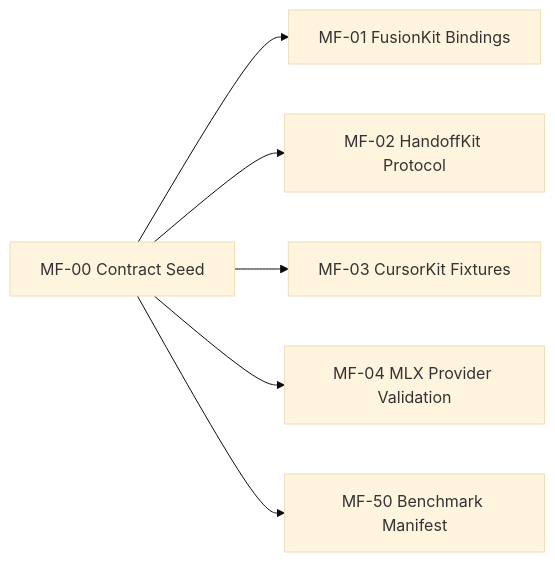
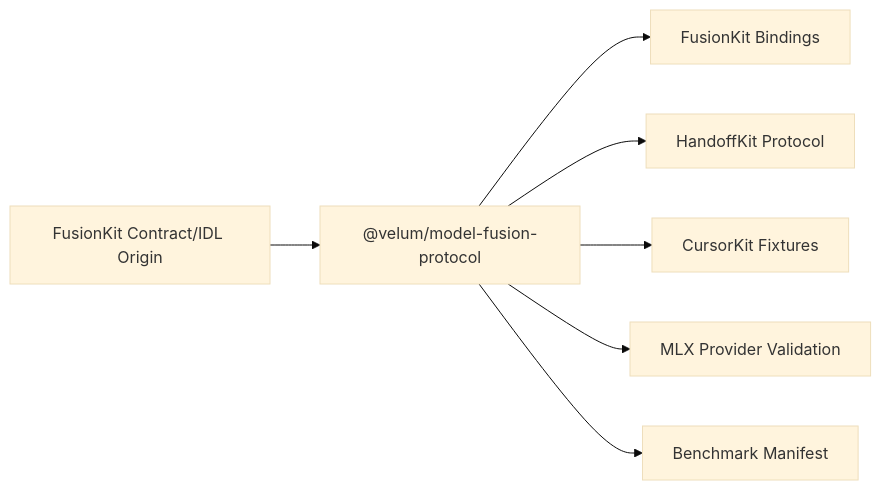
One commit to velum-labs/handoffkit changed the diagram in spec/model-fusion-contract/README.md. Above: the diagram before and after it, drawn with Mermaid (base theme). The commit also changed other lines of this file and 34 other files, not shown here.

First line of the commit message:
Add fusion-bench handoff executor seam (#2)

````diff
--- a/spec/model-fusion-contract/README.md
+++ b/spec/model-fusion-contract/README.md
@@ -64,8 +74,9 @@
 ```mermaid
 flowchart LR
-  MF00["MF-00 Contract Seed"] --> MF01["MF-01 FusionKit Bindings"]
-  MF00 --> MF02["MF-02 HandoffKit Protocol"]
-  MF00 --> MF03["MF-03 CursorKit Fixtures"]
-  MF00 --> MF04["MF-04 MLX Provider Validation"]
-  MF00 --> MF50["MF-50 Benchmark Manifest"]
+  MF00["FusionKit Contract/IDL Origin"] --> PKG["@velum/model-fusion-protocol"]
+  PKG --> MF01["FusionKit Bindings"]
+  PKG --> MF02["HandoffKit Protocol"]
+  PKG --> MF03["CursorKit Fixtures"]
+  PKG --> MF04["MLX Provider Validation"]
+  PKG --> MF50["Benchmark Manifest"]
 ```
````
